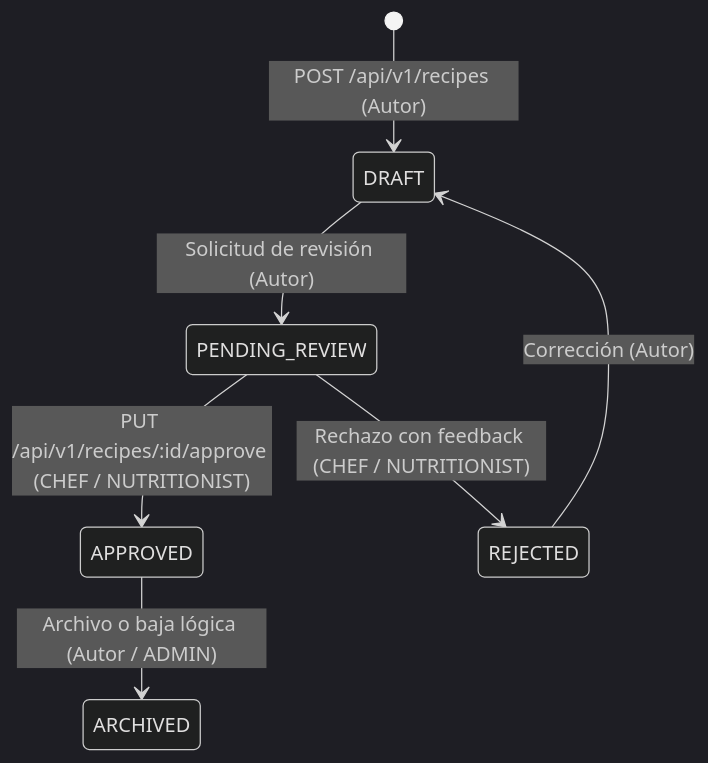
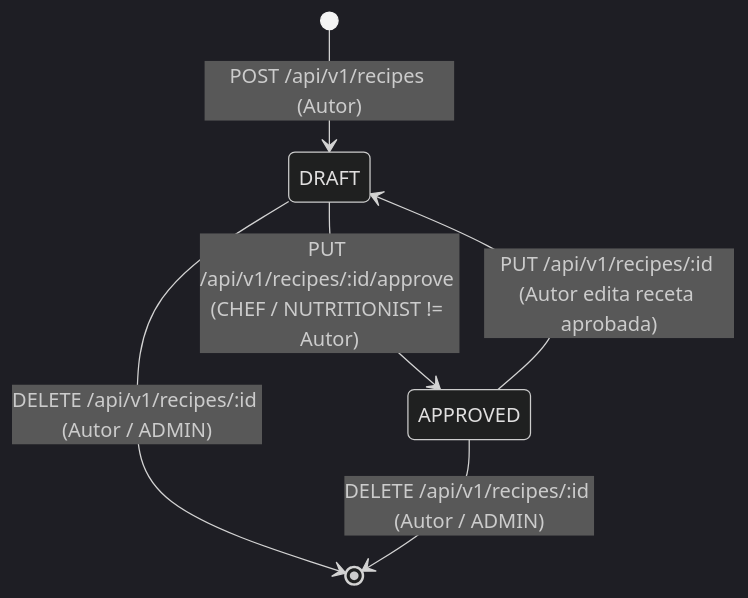
One commit to zgfnicolas/recetaria changed the diagram in docs/business_rules.md. Above: the diagram before and after it, drawn with Mermaid (dark theme). The commit also changed other lines of this file and 13 other files, not shown here.

````diff
--- a/docs/business_rules.md
+++ b/docs/business_rules.md
@@ -42,9 +42,8 @@
 ```mermaid
 stateDiagram-v2
     [*] --> DRAFT: POST /api/v1/recipes (Autor)
-    DRAFT --> PENDING_REVIEW: Solicitud de revisión (Autor)
-    PENDING_REVIEW --> APPROVED: PUT /api/v1/recipes/:id/approve (CHEF / NUTRITIONIST)
-    PENDING_REVIEW --> REJECTED: Rechazo con feedback (CHEF / NUTRITIONIST)
-    REJECTED --> DRAFT: Corrección (Autor)
-    APPROVED --> ARCHIVED: Archivo o baja lógica (Autor / ADMIN)
+    DRAFT --> APPROVED: PUT /api/v1/recipes/:id/approve (CHEF / NUTRITIONIST != Autor)
+    APPROVED --> DRAFT: PUT /api/v1/recipes/:id (Autor edita receta aprobada)
+    DRAFT --> [*]: DELETE /api/v1/recipes/:id (Autor / ADMIN)
+    APPROVED --> [*]: DELETE /api/v1/recipes/:id (Autor / ADMIN)
 ```
````
